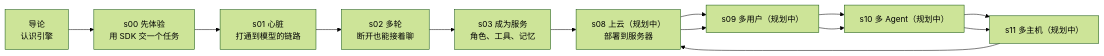
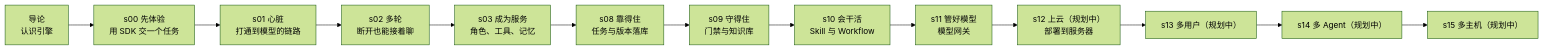
The diagram in stages/introduction.md (pengcong2020520/learn-codex-harness), drawn with Mermaid (forest theme) before and after one commit. The commit also changed other lines of this file and 4 other files, not shown here.

````diff
--- a/stages/introduction.md
+++ b/stages/introduction.md
@@ -227,15 +227,15 @@
 ```mermaid
 flowchart LR
   intro["导论<br/>认识引擎"] --> s00["s00 先体验<br/>用 SDK 交一个任务"]
   s00 --> s01["s01 心脏<br/>打通到模型的链路"]
   s01 --> s02["s02 多轮<br/>断开也能接着聊"]
   s02 --> s03["s03 成为服务<br/>角色、工具、记忆"]
   s03 --> s08["s08 靠得住<br/>任务与版本落库"]
   s08 --> s09["s09 守得住<br/>门禁与知识库"]
   s09 --> s10["s10 会干活<br/>Skill 与 Workflow"]
   s10 --> s11["s11 管好模型<br/>模型网关"]
-  s11 --> s08["s08 上云（规划中）<br/>部署到服务器"]
-  s08 --> s09["s09 多用户（规划中）"]
-  s09 --> s10["s10 多 Agent（规划中）"]
-  s10 --> s11["s11 多主机（规划中）"]
+  s11 --> s12["s12 上云（规划中）<br/>部署到服务器"]
+  s12 --> s13["s13 多用户（规划中）"]
+  s13 --> s14["s14 多 Agent（规划中）"]
+  s14 --> s15["s15 多主机（规划中）"]
 ```
````
